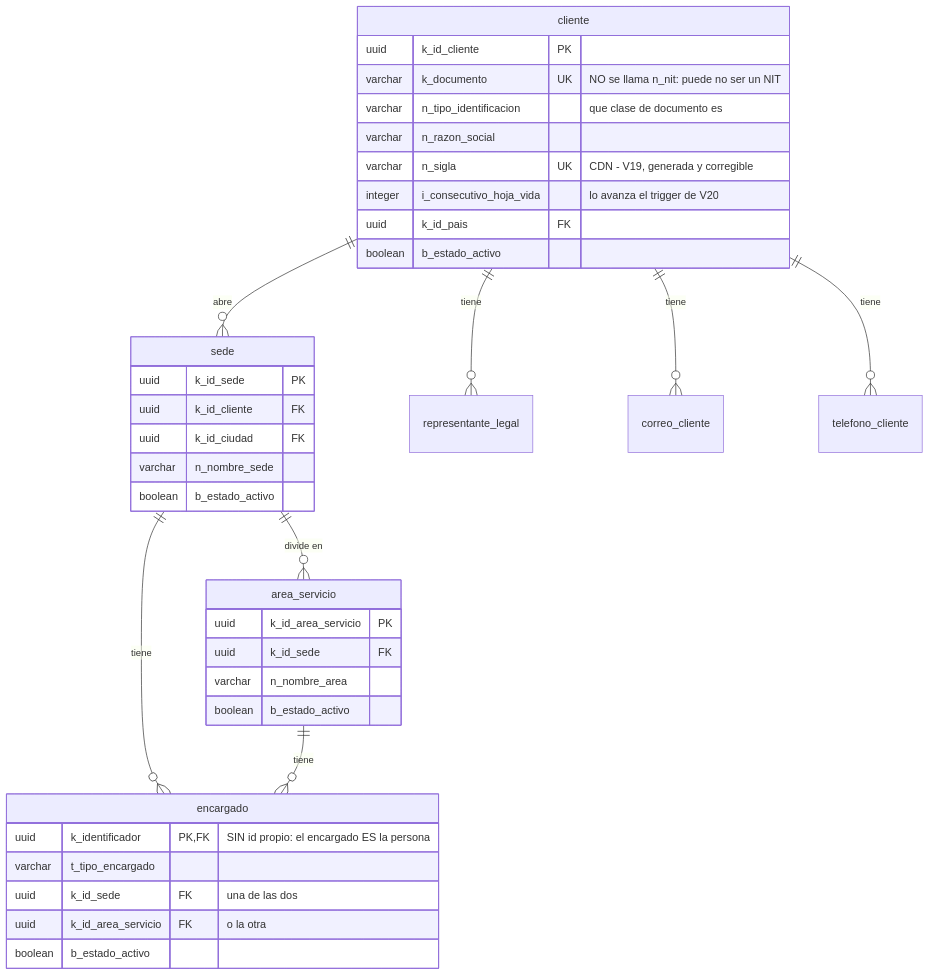
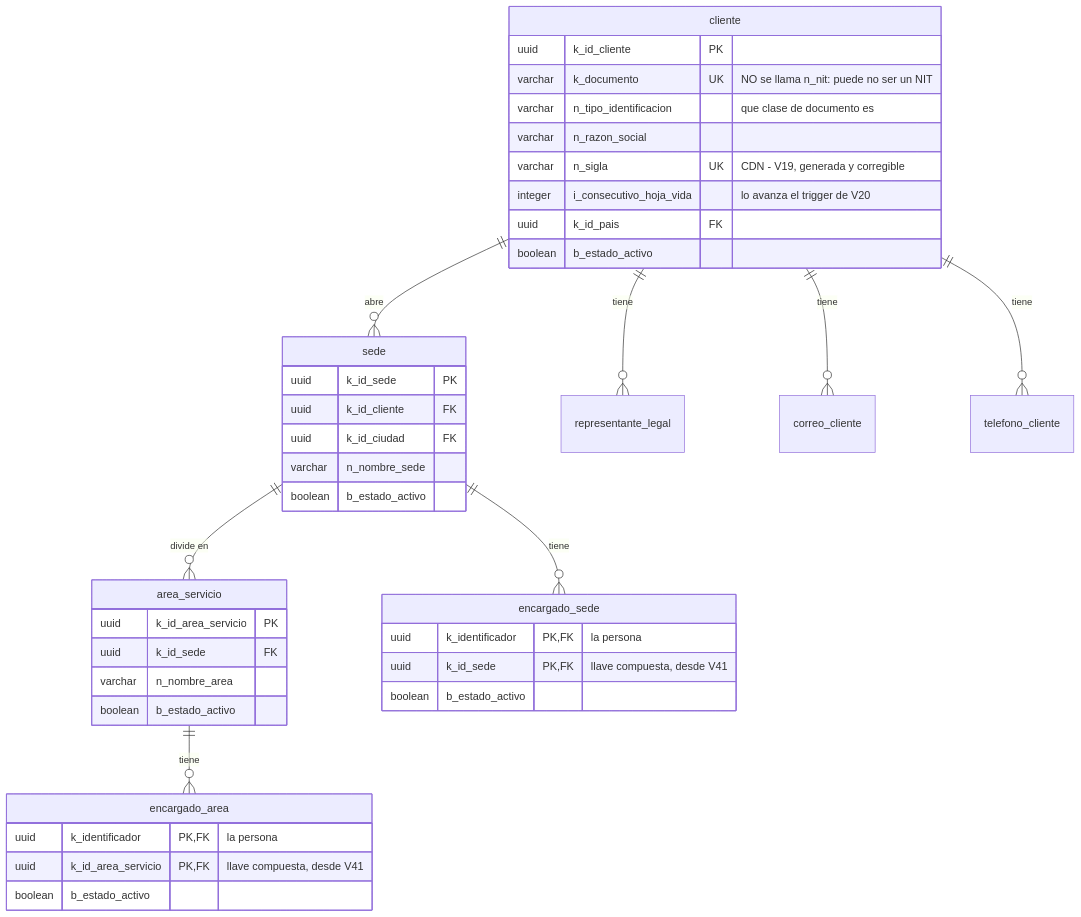
One commit to SeanBol222/MalphasOs changed the fourth of 10 diagrams in SecondBrain/wiki/base-de-datos/esquema-bd-malphasos.md. Above: the diagram before and after it, drawn with Mermaid. The commit also changed other lines of this file and 8 other files, not shown here.

````diff
--- a/SecondBrain/wiki/base-de-datos/esquema-bd-malphasos.md
+++ b/SecondBrain/wiki/base-de-datos/esquema-bd-malphasos.md
@@ -319,40 +335,43 @@
 ```mermaid
 erDiagram
     cliente ||--o{ sede : "abre"
     cliente ||--o{ representante_legal : "tiene"
     cliente ||--o{ correo_cliente : "tiene"
     cliente ||--o{ telefono_cliente : "tiene"
     sede ||--o{ area_servicio : "divide en"
-    sede ||--o{ encargado : "tiene"
-    area_servicio ||--o{ encargado : "tiene"
+    sede ||--o{ encargado_sede : "tiene"
+    area_servicio ||--o{ encargado_area : "tiene"
     cliente {
         uuid k_id_cliente PK
         varchar k_documento UK "NO se llama n_nit: puede no ser un NIT"
         varchar n_tipo_identificacion "que clase de documento es"
         varchar n_razon_social
         varchar n_sigla UK "CDN - V19, generada y corregible"
         integer i_consecutivo_hoja_vida "lo avanza el trigger de V20"
         uuid k_id_pais FK
         boolean b_estado_activo
     }
     sede {
         uuid k_id_sede PK
         uuid k_id_cliente FK
         uuid k_id_ciudad FK
         varchar n_nombre_sede
         boolean b_estado_activo
     }
     area_servicio {
         uuid k_id_area_servicio PK
         uuid k_id_sede FK
         varchar n_nombre_area
         boolean b_estado_activo
     }
-    encargado {
-        uuid k_identificador PK, FK "SIN id propio: el encargado ES la persona"
-        varchar t_tipo_encargado
-        uuid k_id_sede FK "una de las dos"
-        uuid k_id_area_servicio FK "o la otra"
+    encargado_sede {
+        uuid k_identificador PK, FK "la persona"
+        uuid k_id_sede PK, FK "llave compuesta, desde V41"
+        boolean b_estado_activo
+    }
+    encargado_area {
+        uuid k_identificador PK, FK "la persona"
+        uuid k_id_area_servicio PK, FK "llave compuesta, desde V41"
         boolean b_estado_activo
     }
 ```
````
